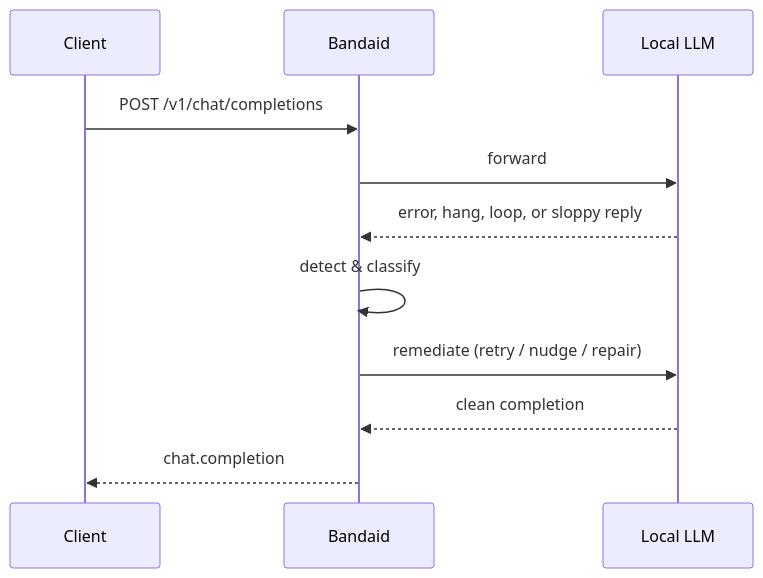
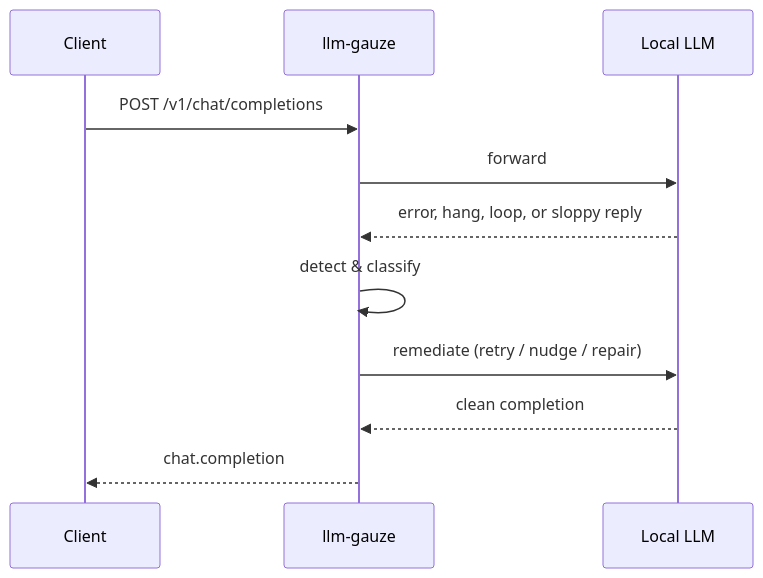
One commit to ggeorgovassilis/llm-gauze changed the second of 2 diagrams in README.md. Above: the diagram before and after it, drawn with Mermaid. The commit also changed other lines of this file and 14 other files, not shown here.

Commit message:
Rename project from bandaid to llm-gauze

````diff
--- a/README.md
+++ b/README.md
@@ -78,14 +78,14 @@
 ```mermaid
 sequenceDiagram
     participant C as Client
-    participant B as Bandaid
+    participant B as llm-gauze
     participant L as Local LLM
 
     C->>B: POST /v1/chat/completions
     B->>L: forward
     L-->>B: error, hang, loop, or sloppy reply
     B->>B: detect & classify
     B->>L: remediate (retry / nudge / repair)
     L-->>B: clean completion
     B-->>C: chat.completion
 ```
````
